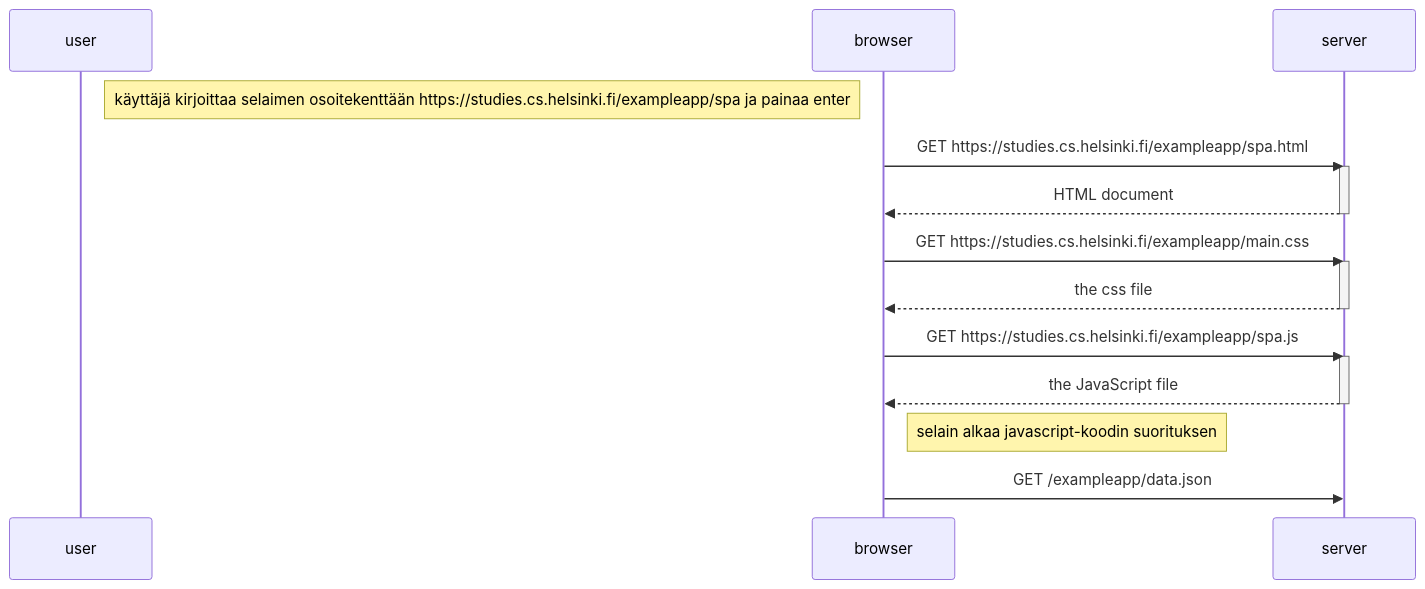
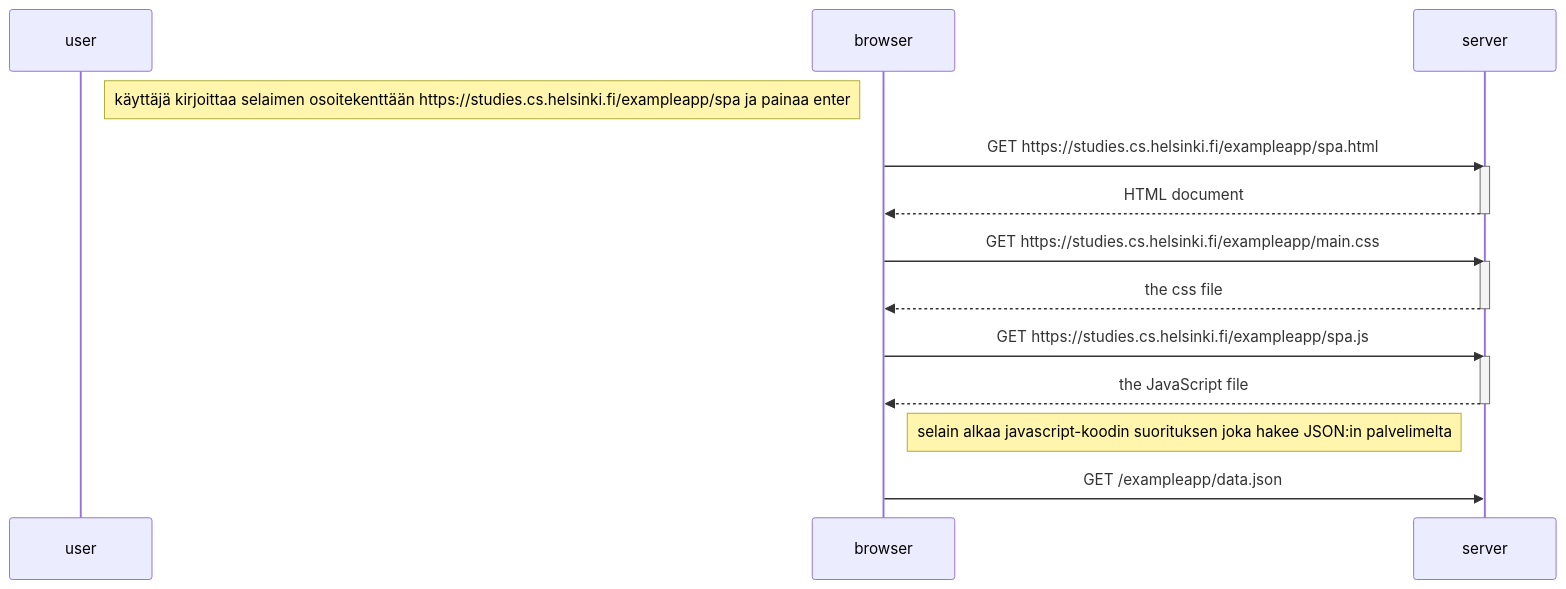
The diagram in mermaid-test7.md (moocjsi/mooc-harj03), drawn with Mermaid before and after one commit.

````diff
--- a/mermaid-test7.md
+++ b/mermaid-test7.md
@@ -2,28 +2,27 @@
 ```mermaid
 sequenceDiagram
     participant user
     participant browser
     participant server
 
     Note right of user: käyttäjä kirjoittaa selaimen osoitekenttään https://studies.cs.helsinki.fi/exampleapp/spa ja painaa enter
     
     browser->>server: GET https://studies.cs.helsinki.fi/exampleapp/spa.html
     activate server
     server-->>browser: HTML document
     deactivate server
 
     browser->>server: GET https://studies.cs.helsinki.fi/exampleapp/main.css
     activate server
     server-->>browser: the css file
     deactivate server
 
     browser->>server: GET https://studies.cs.helsinki.fi/exampleapp/spa.js
     activate server
     server-->>browser: the JavaScript file
     deactivate server
 
-    Note right of browser: selain alkaa  javascript-koodin suorituksen
-
+    Note right of browser: selain alkaa  javascript-koodin suorituksen joka hakee JSON:in palvelimelta
     browser->>server: GET /exampleapp/data.json
 
 ```
````
